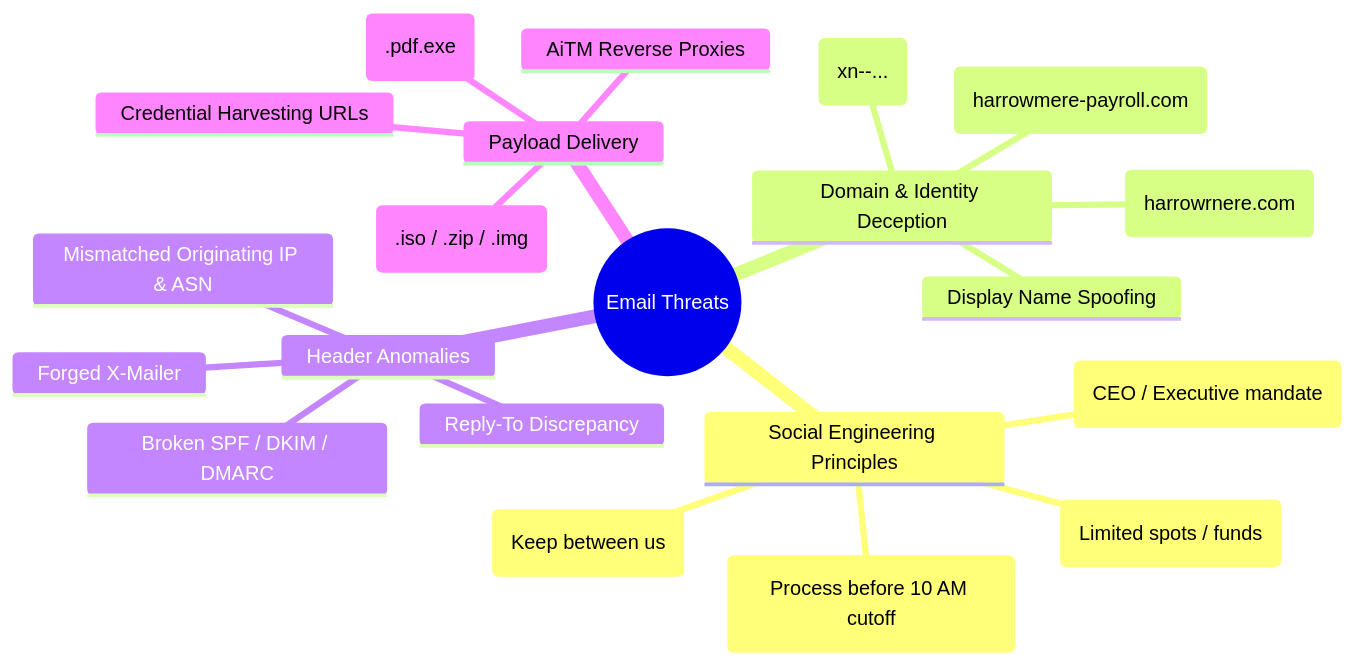
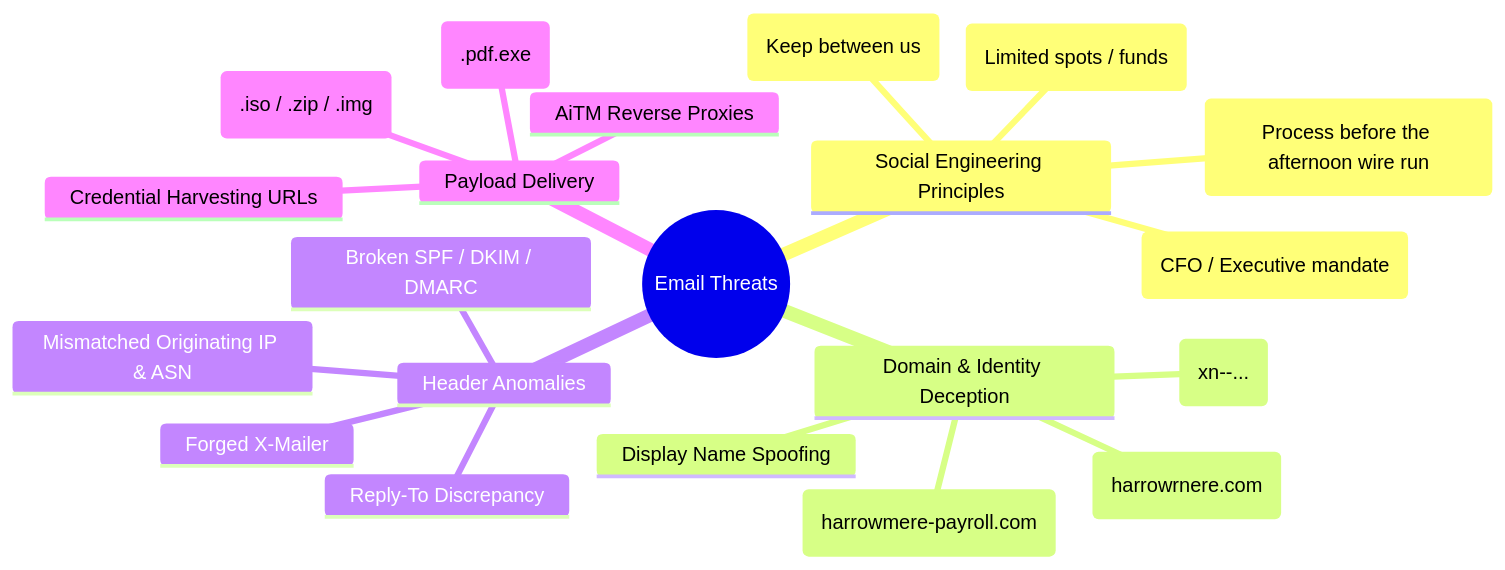
One commit to cwarloe/learning-narrative-kit changed the third of 3 diagrams in docs/portland-desk/workbench/09-dont-click-that.md. Above: the diagram before and after it, drawn with Mermaid. The commit also changed other lines of this file and 32 other files, not shown here.

````diff
--- a/docs/portland-desk/workbench/09-dont-click-that.md
+++ b/docs/portland-desk/workbench/09-dont-click-that.md
@@ -194,24 +194,24 @@
 ```mermaid
 mindmap
   root((Email Threats))
     Social Engineering Principles
-      Urgency ("Process before 10 AM cutoff")
-      Authority ("CEO / Executive mandate")
+      Urgency ("Process before the afternoon wire run")
+      Authority ("CFO / Executive mandate")
       Scarcity ("Limited spots / funds")
       Confidentiality ("Keep between us")
     Domain & Identity Deception
       Typosquatting ("harrowrnere.com")
       Lookalike Domains ("harrowmere-payroll.com")
       Punycode Homographs ("xn--...")
       Display Name Spoofing
     Header Anomalies
       Reply-To Discrepancy
       Mismatched Originating IP & ASN
       Forged X-Mailer
       Broken SPF / DKIM / DMARC
     Payload Delivery
       Credential Harvesting URLs
       Double Extension Attachments (.pdf.exe)
       Container Files (.iso / .zip / .img)
       AiTM Reverse Proxies
 ```
````
